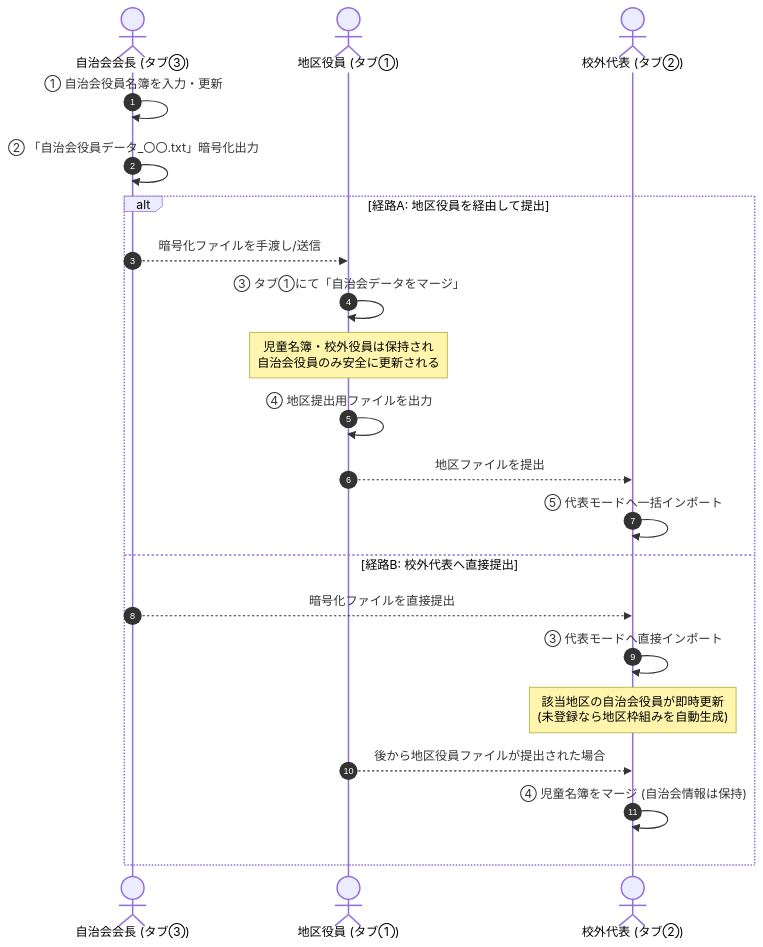
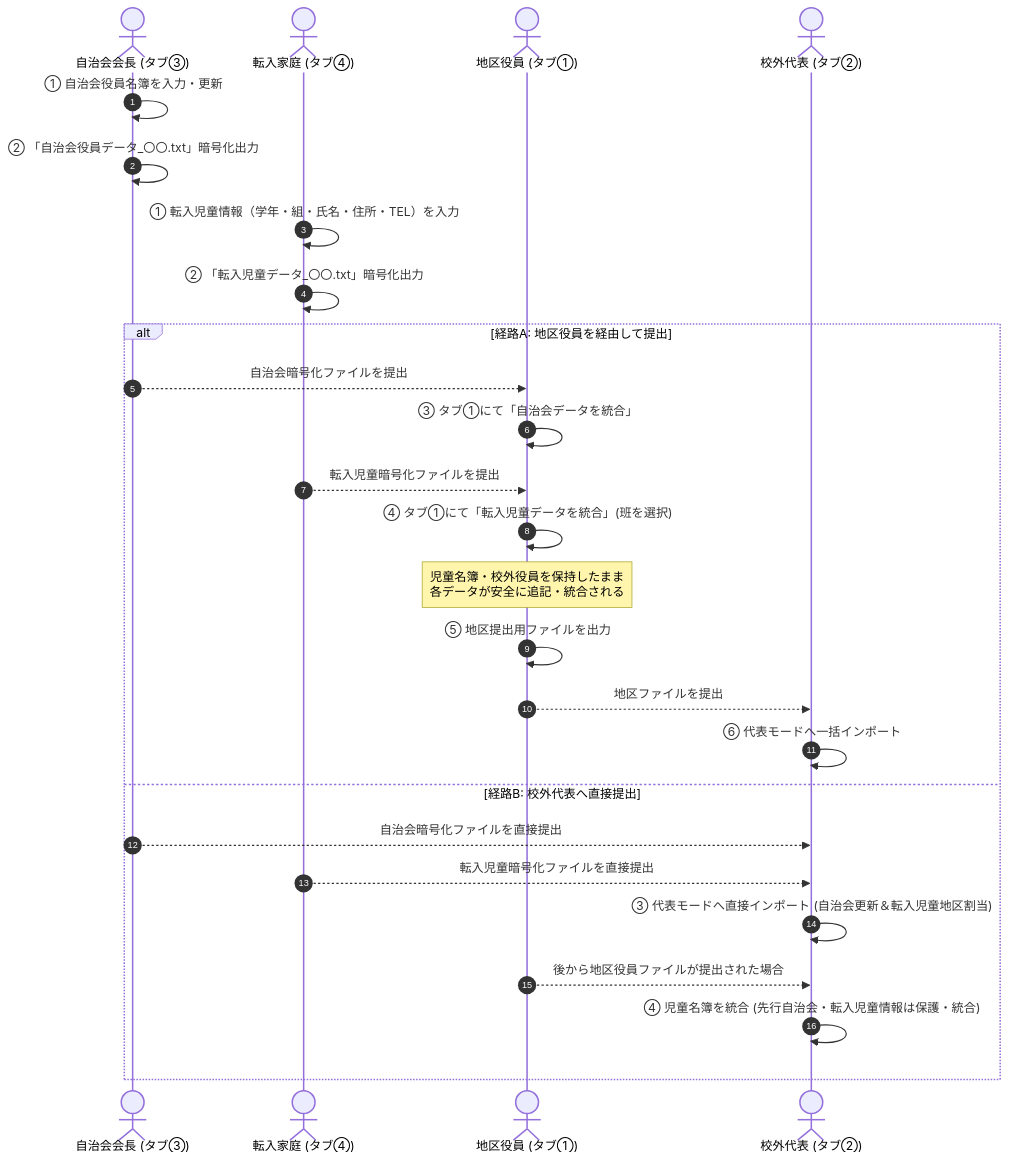
Before and after one commit to tekuteku-life/kogaidocs: the third of 4 diagrams in docs/system_design.md, drawn with Mermaid. The commit also changed other lines of this file and 23 other files, not shown here.

````diff
--- a/docs/system_design.md
+++ b/docs/system_design.md
@@ -269,25 +304,31 @@
 ```mermaid
 sequenceDiagram
 	autonumber
 	actor Choka as 自治会会長 (タブ③)
+	actor Transfer as 転入家庭 (タブ④)
 	actor Officer as 地区役員 (タブ①)
 	actor Rep as 校外代表 (タブ②)
 
 	Choka->>Choka: ① 自治会役員名簿を入力・更新
 	Choka->>Choka: ② 「自治会役員データ_〇〇.txt」暗号化出力
 
+	Transfer->>Transfer: ① 転入児童情報（学年・組・氏名・住所・TEL）を入力
+	Transfer->>Transfer: ② 「転入児童データ_〇〇.txt」暗号化出力
+
 	alt 経路A: 地区役員を経由して提出
-		Choka-->>Officer: 暗号化ファイルを手渡し/送信
-		Officer->>Officer: ③ タブ①にて「自治会データをマージ」
-		Note over Officer: 児童名簿・校外役員は保持され<br/>自治会役員のみ安全に更新される
-		Officer->>Officer: ④ 地区提出用ファイルを出力
+		Choka-->>Officer: 自治会暗号化ファイルを提出
+		Officer->>Officer: ③ タブ①にて「自治会データを統合」
+		Transfer-->>Officer: 転入児童暗号化ファイルを提出
+		Officer->>Officer: ④ タブ①にて「転入児童データを統合」(班を選択)
+		Note over Officer: 児童名簿・校外役員を保持したまま<br/>各データが安全に追記・統合される
+		Officer->>Officer: ⑤ 地区提出用ファイルを出力
 		Officer-->>Rep: 地区ファイルを提出
-		Rep->>Rep: ⑤ 代表モードへ一括インポート
+		Rep->>Rep: ⑥ 代表モードへ一括インポート
 	else 経路B: 校外代表へ直接提出
-		Choka-->>Rep: 暗号化ファイルを直接提出
-		Rep->>Rep: ③ 代表モードへ直接インポート
-		Note over Rep: 該当地区の自治会役員が即時更新<br/>(未登録なら地区枠組みを自動生成)
+		Choka-->>Rep: 自治会暗号化ファイルを直接提出
+		Transfer-->>Rep: 転入児童暗号化ファイルを直接提出
+		Rep->>Rep: ③ 代表モードへ直接インポート (自治会更新＆転入児童地区割当)
 		Officer-->>Rep: 後から地区役員ファイルが提出された場合
-		Rep->>Rep: ④ 児童名簿をマージ (自治会情報は保持)
+		Rep->>Rep: ④ 児童名簿を統合 (先行自治会・転入児童情報は保護・統合)
 	end
 ```
````
